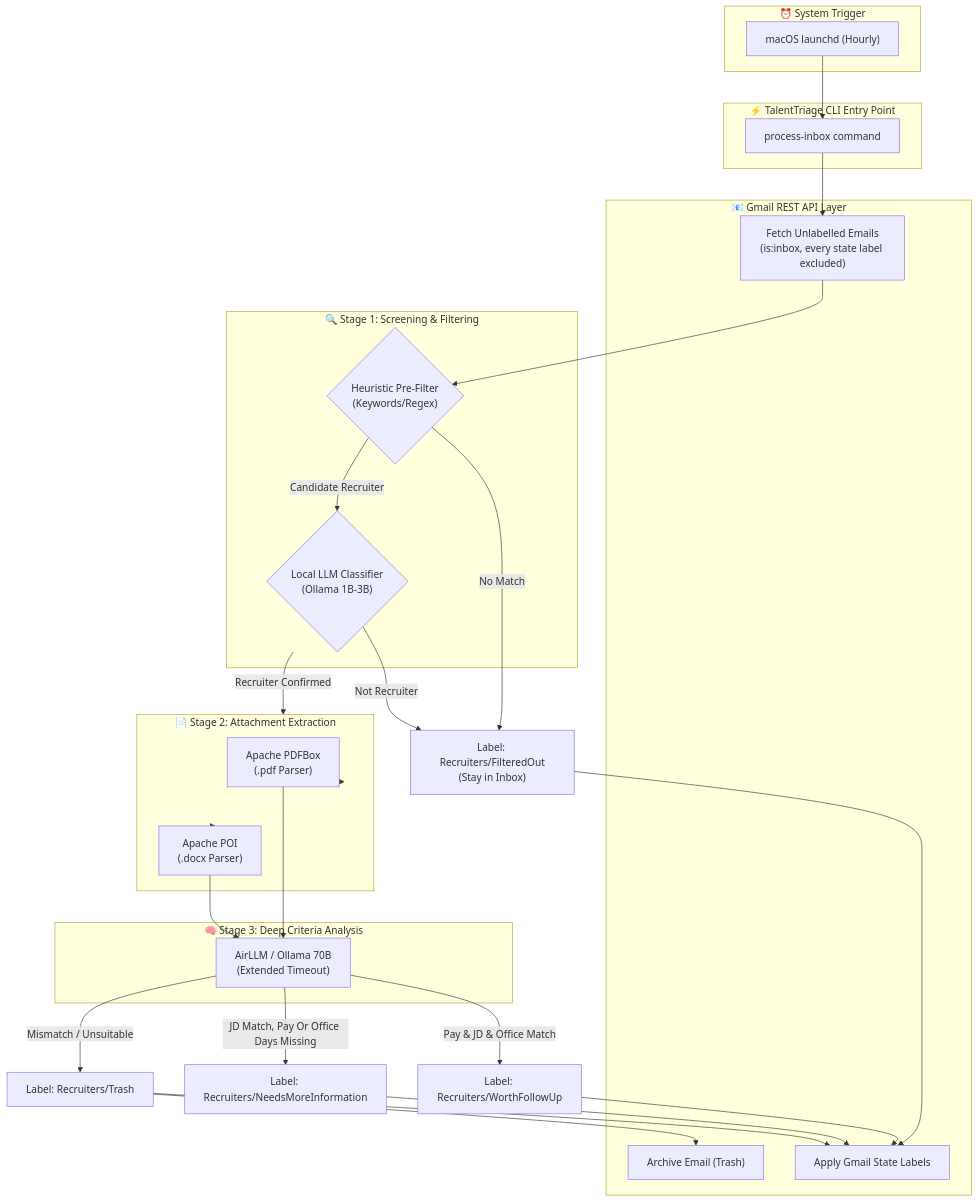
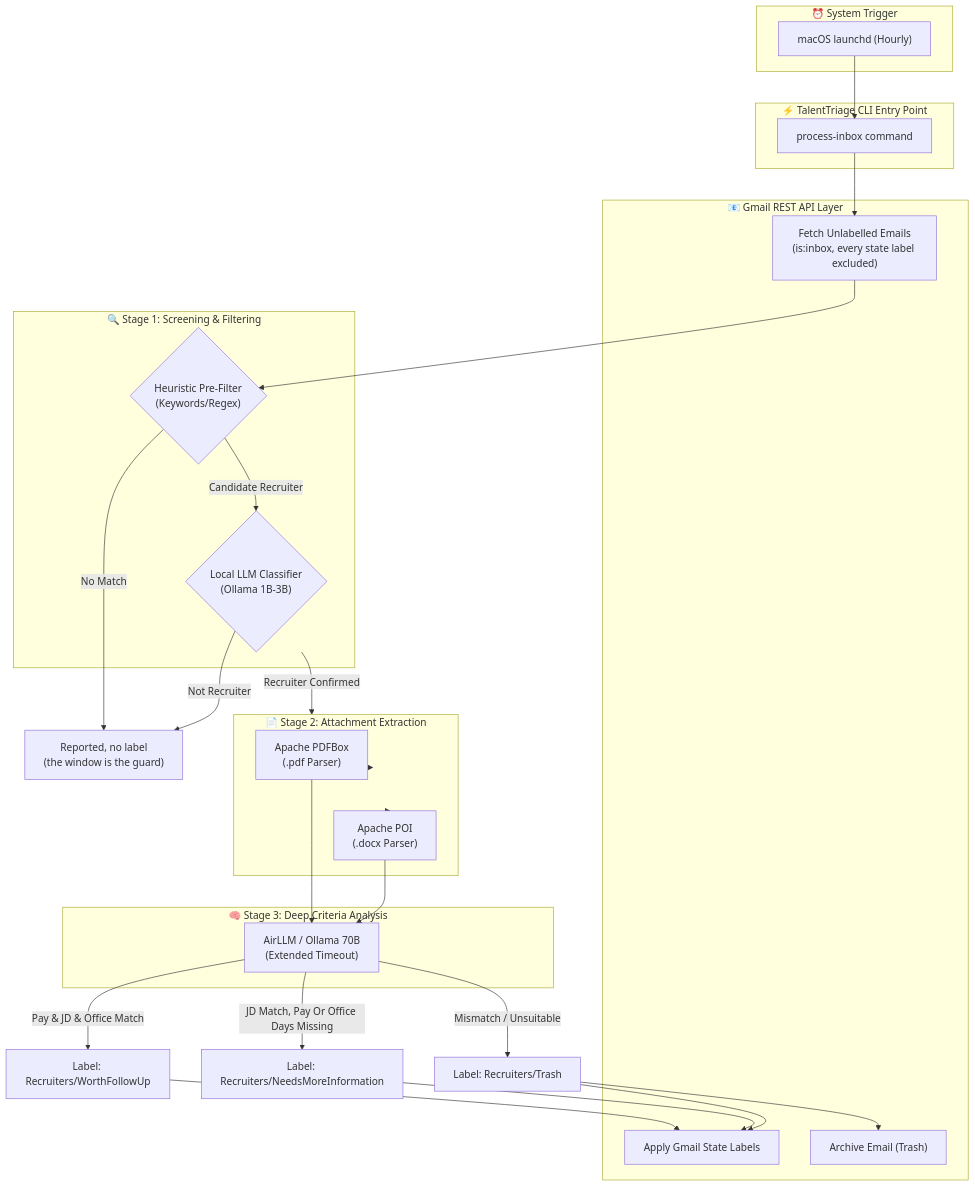
Before and after one commit to mlk/TalentTriage: the diagram in README.md, drawn with Mermaid. The commit also changed other lines of this file and 2 other files, not shown here.

````diff
--- a/README.md
+++ b/README.md
@@ -15,60 +15,59 @@
 ```mermaid
 flowchart TD
     subgraph Trigger ["⏰ System Trigger"]
         launchd["macOS launchd (Hourly)"]
     end
 
     subgraph CLI ["⚡ TalentTriage CLI Entry Point"]
         Command["process-inbox command"]
     end
 
     subgraph GmailAPI ["📧 Gmail REST API Layer"]
         Fetch["Fetch Unlabelled Emails\n(is:inbox, every state label excluded)"]
         ApplyLabel["Apply Gmail State Labels"]
         Archive["Archive Email (Trash)"]
     end
 
     subgraph Stage1 ["🔍 Stage 1: Screening & Filtering"]
         Heuristics{"Heuristic Pre-Filter\n(Keywords/Regex)"}
         LocalLLM{"Local LLM Classifier\n(Ollama 1B-3B)"}
     end
 
     subgraph Stage2 ["📄 Stage 2: Attachment Extraction"]
         PDFParser["Apache PDFBox\n(.pdf Parser)"]
         WordParser["Apache POI\n(.docx Parser)"]
     end
 
     subgraph Stage3 ["🧠 Stage 3: Deep Criteria Analysis"]
         AirLLM["AirLLM / Ollama 70B\n(Extended Timeout)"]
     end
 
     %% Execution Flow
     launchd --> Command
     Command --> Fetch
     Fetch --> Heuristics
 
     %% Stage 1 Branching
-    Heuristics -- "No Match" --> ApplyFilteredOut["Label: Recruiters/FilteredOut\n(Stay in Inbox)"]
+    Heuristics -- "No Match" --> Report["Reported, no label\n(the window is the guard)"]
     Heuristics -- "Candidate Recruiter" --> LocalLLM
 
-    LocalLLM -- "Not Recruiter" --> ApplyFilteredOut
+    LocalLLM -- "Not Recruiter" --> Report
     LocalLLM -- "Recruiter Confirmed" --> Stage2
 
     %% Stage 2 to Stage 3
     Stage2 --> PDFParser
     Stage2 --> WordParser
     PDFParser --> AirLLM
     WordParser --> AirLLM
 
     %% Stage 3 Branching
     AirLLM -- "Pay & JD & Office Match" --> LabelFollowUp["Label: Recruiters/WorthFollowUp"]
     AirLLM -- "JD Match, Pay Or Office Days Missing" --> LabelMoreInfo["Label: Recruiters/NeedsMoreInformation"]
     AirLLM -- "Mismatch / Unsuitable" --> LabelTrash["Label: Recruiters/Trash"]
 
     %% Gmail Label Updates
-    ApplyFilteredOut --> ApplyLabel
     LabelFollowUp --> ApplyLabel
     LabelMoreInfo --> ApplyLabel
     LabelTrash --> ApplyLabel
     LabelTrash --> Archive
 ```
````
